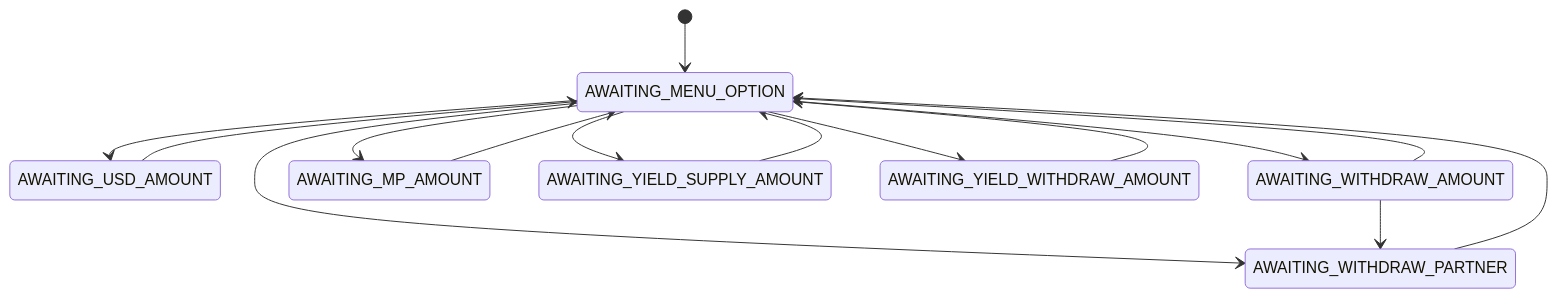
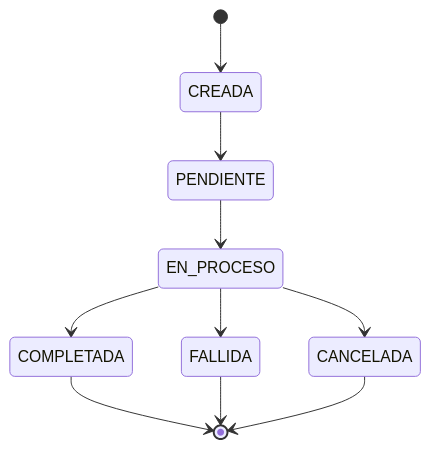
One commit to SendaLabs/Senda.App changed the second of 6 diagrams in README.md. Above: the diagram before and after it, drawn with Mermaid. The commit also changed other lines of this file, not shown here.

````diff
--- a/README.md
+++ b/README.md
@@ -129,17 +133,12 @@
 ```mermaid
 stateDiagram-v2
-    [*] --> AWAITING_MENU_OPTION
-    AWAITING_MENU_OPTION --> AWAITING_USD_AMOUNT
-    AWAITING_MENU_OPTION --> AWAITING_WITHDRAW_AMOUNT
-    AWAITING_MENU_OPTION --> AWAITING_WITHDRAW_PARTNER
-    AWAITING_MENU_OPTION --> AWAITING_MP_AMOUNT
-    AWAITING_MENU_OPTION --> AWAITING_YIELD_SUPPLY_AMOUNT
-    AWAITING_MENU_OPTION --> AWAITING_YIELD_WITHDRAW_AMOUNT
-    AWAITING_USD_AMOUNT --> AWAITING_MENU_OPTION
-    AWAITING_WITHDRAW_AMOUNT --> AWAITING_WITHDRAW_PARTNER
-    AWAITING_WITHDRAW_AMOUNT --> AWAITING_MENU_OPTION
-    AWAITING_WITHDRAW_PARTNER --> AWAITING_MENU_OPTION
-    AWAITING_MP_AMOUNT --> AWAITING_MENU_OPTION
-    AWAITING_YIELD_SUPPLY_AMOUNT --> AWAITING_MENU_OPTION
-    AWAITING_YIELD_WITHDRAW_AMOUNT --> AWAITING_MENU_OPTION
+    [*] --> CREADA
+    CREADA --> PENDIENTE
+    PENDIENTE --> EN_PROCESO
+    EN_PROCESO --> COMPLETADA
+    EN_PROCESO --> FALLIDA
+    EN_PROCESO --> CANCELADA
+    COMPLETADA --> [*]
+    FALLIDA --> [*]
+    CANCELADA --> [*]
 ```
````
